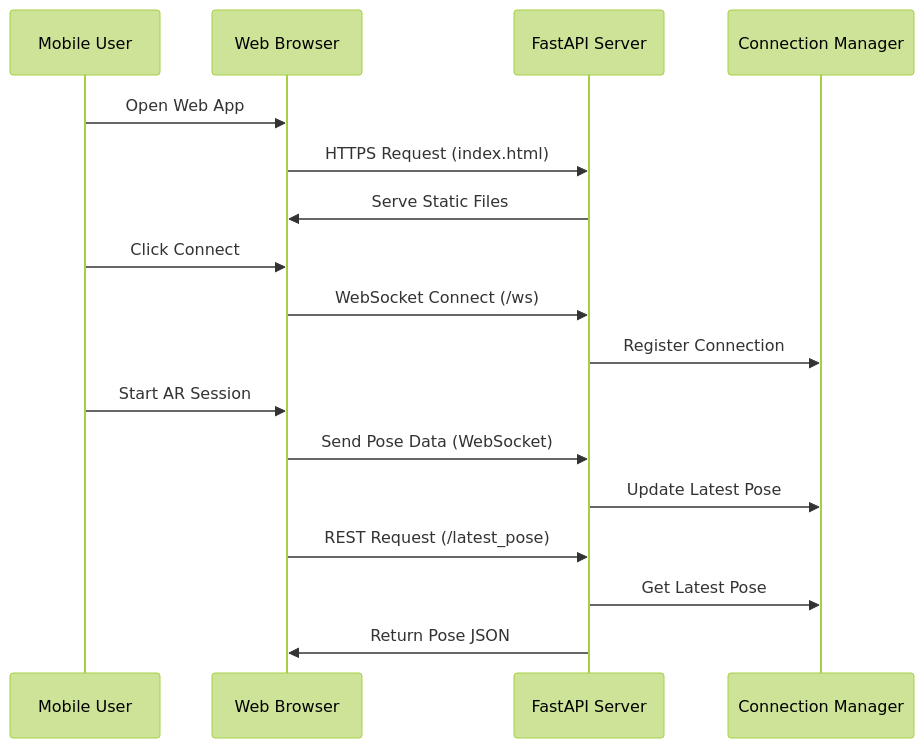
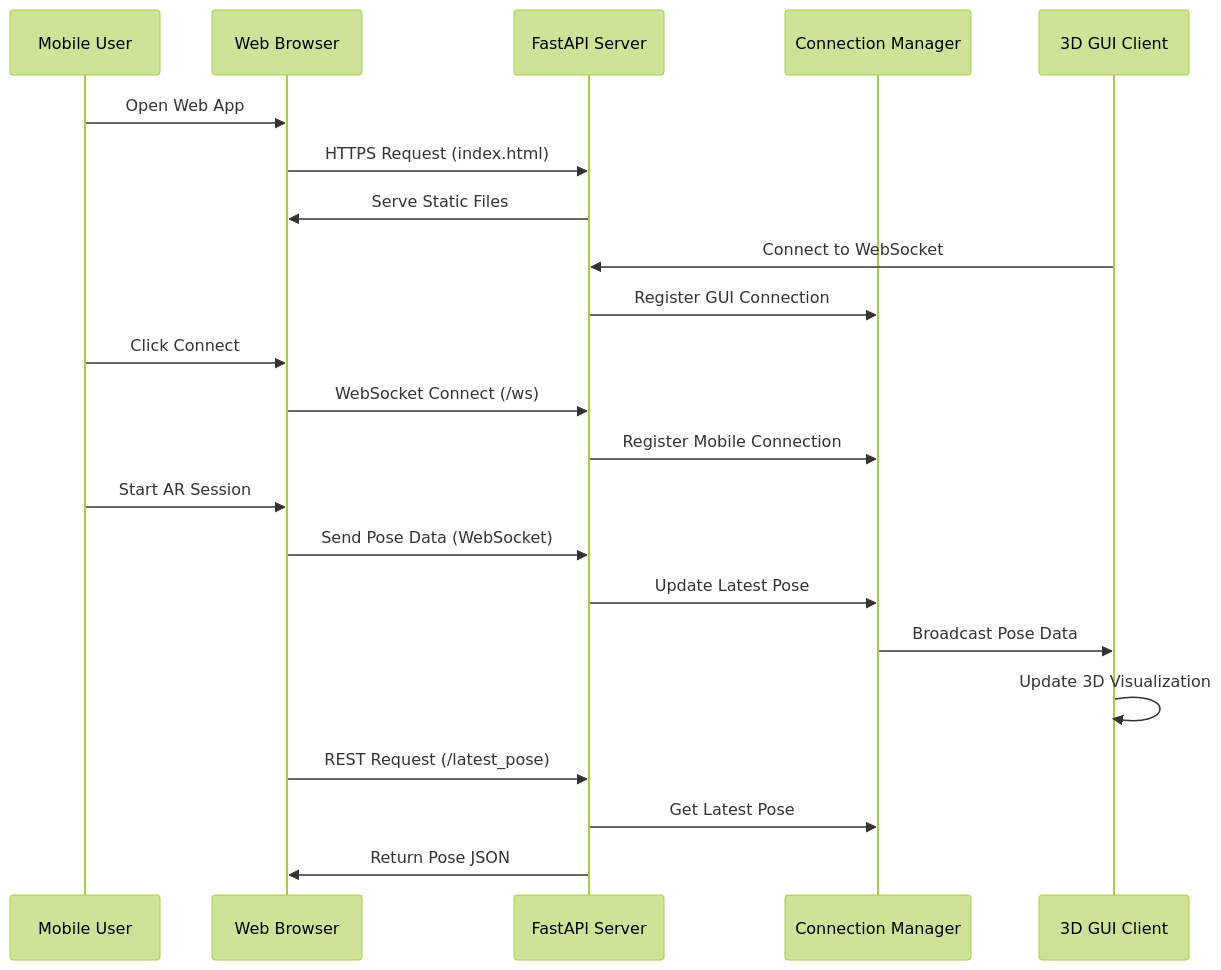
Before and after one commit to sudhirpratapyadav/webxr_api_server: the second of 4 diagrams in diagrams.md, drawn with Mermaid (forest theme). The commit also changed other lines of this file and 7 other files, not shown here.

Commit message:
added 3djs gui for pose visualisation

````diff
--- a/diagrams.md
+++ b/diagrams.md
@@ -45,20 +48,29 @@
 ```mermaid
 sequenceDiagram
     participant User as Mobile User
     participant Browser as Web Browser
     participant Server as FastAPI Server
     participant Manager as Connection Manager
+    participant GUI as 3D GUI Client
 
     User->>Browser: Open Web App
     Browser->>Server: HTTPS Request (index.html)
     Server->>Browser: Serve Static Files
+    
+    GUI->>Server: Connect to WebSocket
+    Server->>Manager: Register GUI Connection
+    
     User->>Browser: Click Connect
     Browser->>Server: WebSocket Connect (/ws)
-    Server->>Manager: Register Connection
+    Server->>Manager: Register Mobile Connection
+    
     User->>Browser: Start AR Session
     Browser->>Server: Send Pose Data (WebSocket)
     Server->>Manager: Update Latest Pose
+    Manager->>GUI: Broadcast Pose Data
+    GUI->>GUI: Update 3D Visualization
+    
     Browser->>Server: REST Request (/latest_pose)
     Server->>Manager: Get Latest Pose
     Server->>Browser: Return Pose JSON
 ```
````
